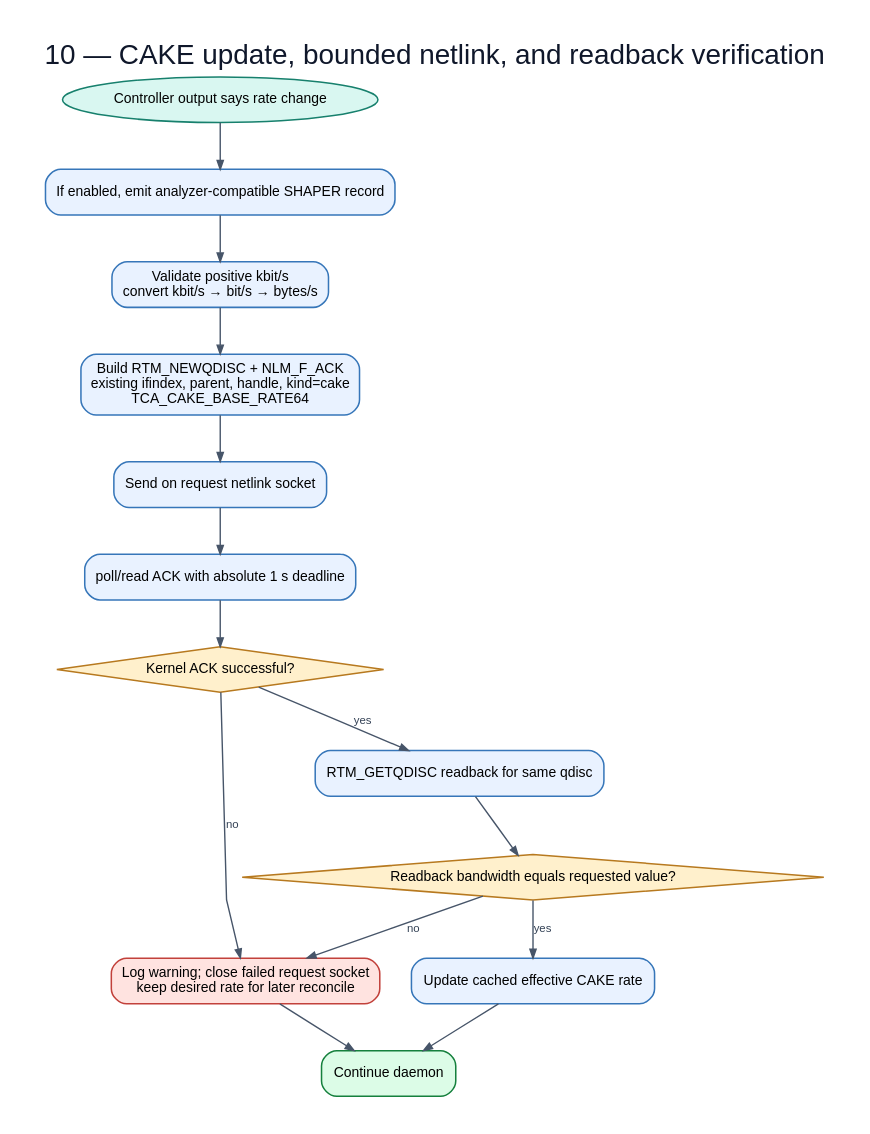
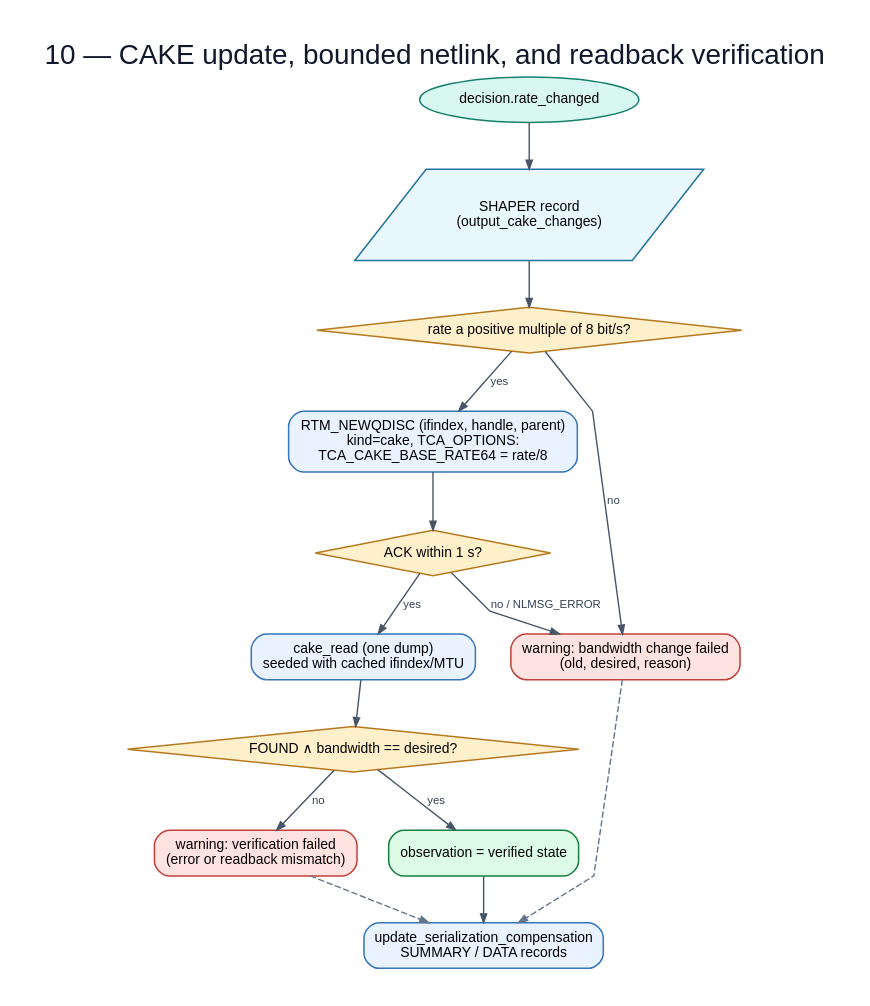
The diagram in flowchart/diagrams/10-apply-and-verify.dot (huydoan94/cake-adapt), drawn with Graphviz before and after one commit. The commit also changed 38 other files, not shown here.

First line of the commit message:
Redraw the flowcharts from the current sources

```diff
--- a/flowchart/diagrams/10-apply-and-verify.dot
+++ b/flowchart/diagrams/10-apply-and-verify.dot
@@ -1,30 +1,29 @@
 digraph G {
   graph [rankdir=TB,bgcolor="white",pad="0.30",nodesep="0.35",ranksep="0.48",splines=polyline,fontname="Arial",label="10 — CAKE update, bounded netlink, and readback verification",labelloc=t,fontsize=22,fontcolor="#0f172a"];
   node [fontname="Arial",fontsize=11,margin="0.14,0.09",penwidth=1.2];
   edge [fontname="Arial",fontsize=9,color="#475569",fontcolor="#334155",arrowsize=0.7,penwidth=1.1];
-  change [label="Controller output says rate change",shape=oval,style="filled",fillcolor="#d9f7f1",color="#17806d"];
-  log [label="If enabled, emit analyzer-compatible SHAPER record",shape=box,style="rounded,filled",fillcolor="#e9f2ff",color="#3676b9"];
-  convert [label="Validate positive kbit/s\nconvert kbit/s → bit/s → bytes/s",shape=box,style="rounded,filled",fillcolor="#e9f2ff",color="#3676b9"];
-  msg [label="Build RTM_NEWQDISC + NLM_F_ACK\nexisting ifindex, parent, handle, kind=cake\nTCA_CAKE_BASE_RATE64",shape=box,style="rounded,filled",fillcolor="#e9f2ff",color="#3676b9"];
-  send [label="Send on request netlink socket",shape=box,style="rounded,filled",fillcolor="#e9f2ff",color="#3676b9"];
-  wait [label="poll/read ACK with absolute 1 s deadline",shape=box,style="rounded,filled",fillcolor="#e9f2ff",color="#3676b9"];
-  ack [label="Kernel ACK successful?",shape=diamond,style="filled",fillcolor="#fff0cc",color="#b7791f"];
-  fail [label="Log warning; close failed request socket\nkeep desired rate for later reconcile",shape=box,style="rounded,filled",fillcolor="#ffe3e0",color="#c2413b"];
-  read [label="RTM_GETQDISC readback for same qdisc",shape=box,style="rounded,filled",fillcolor="#e9f2ff",color="#3676b9"];
-  match [label="Readback bandwidth equals requested value?",shape=diamond,style="filled",fillcolor="#fff0cc",color="#b7791f"];
-  cache [label="Update cached effective CAKE rate",shape=box,style="rounded,filled",fillcolor="#e9f2ff",color="#3676b9"];
-  done [label="Continue daemon",shape=box,style="rounded,filled,bold",fillcolor="#dcfce7",color="#15803d"];
-  change -> log;
-  log -> convert;
-  convert -> msg;
-  msg -> send;
-  send -> wait;
-  wait -> ack;
-  ack -> fail [label="no"];
+  start [label="decision.rate_changed",shape=oval,style="filled",fillcolor="#d9f7f1",color="#17806d"];
+  shaper [label="SHAPER record\n(output_cake_changes)",shape=parallelogram,style="filled",fillcolor="#e9f7ff",color="#24749c"];
+  valid [label="rate a positive multiple of 8 bit/s?",shape=diamond,style="filled",fillcolor="#fff0cc",color="#b7791f"];
+  send [label="RTM_NEWQDISC (ifindex, handle, parent)\nkind=cake, TCA_OPTIONS:\nTCA_CAKE_BASE_RATE64 = rate/8",shape=box,style="rounded,filled",fillcolor="#e9f2ff",color="#3676b9"];
+  ack [label="ACK within 1 s?",shape=diamond,style="filled",fillcolor="#fff0cc",color="#b7791f"];
+  fail [label="warning: bandwidth change failed\n(old, desired, reason)",shape=box,style="rounded,filled",fillcolor="#ffe3e0",color="#c2413b"];
+  read [label="cake_read (one dump)\nseeded with cached ifindex/MTU",shape=box,style="rounded,filled",fillcolor="#e9f2ff",color="#3676b9"];
+  match [label="FOUND ∧ bandwidth == desired?",shape=diamond,style="filled",fillcolor="#fff0cc",color="#b7791f"];
+  mismatch [label="warning: verification failed\n(error or readback mismatch)",shape=box,style="rounded,filled",fillcolor="#ffe3e0",color="#c2413b"];
+  ok [label="observation = verified state",shape=box,style="rounded,filled,bold",fillcolor="#dcfce7",color="#15803d"];
+  comp [label="update_serialization_compensation\nSUMMARY / DATA records",shape=box,style="rounded,filled",fillcolor="#e9f2ff",color="#3676b9"];
+  start -> shaper;
+  shaper -> valid;
+  valid -> fail [label="no"];
+  valid -> send [label="yes"];
+  send -> ack;
+  ack -> fail [label="no / NLMSG_ERROR"];
   ack -> read [label="yes"];
   read -> match;
-  match -> cache [label="yes"];
-  match -> fail [label="no"];
-  cache -> done;
-  fail -> done;
+  match -> mismatch [label="no"];
+  match -> ok [label="yes"];
+  ok -> comp;
+  fail -> comp [style=dashed,color="#64748b"];
+  mismatch -> comp [style=dashed,color="#64748b"];
 }
```
